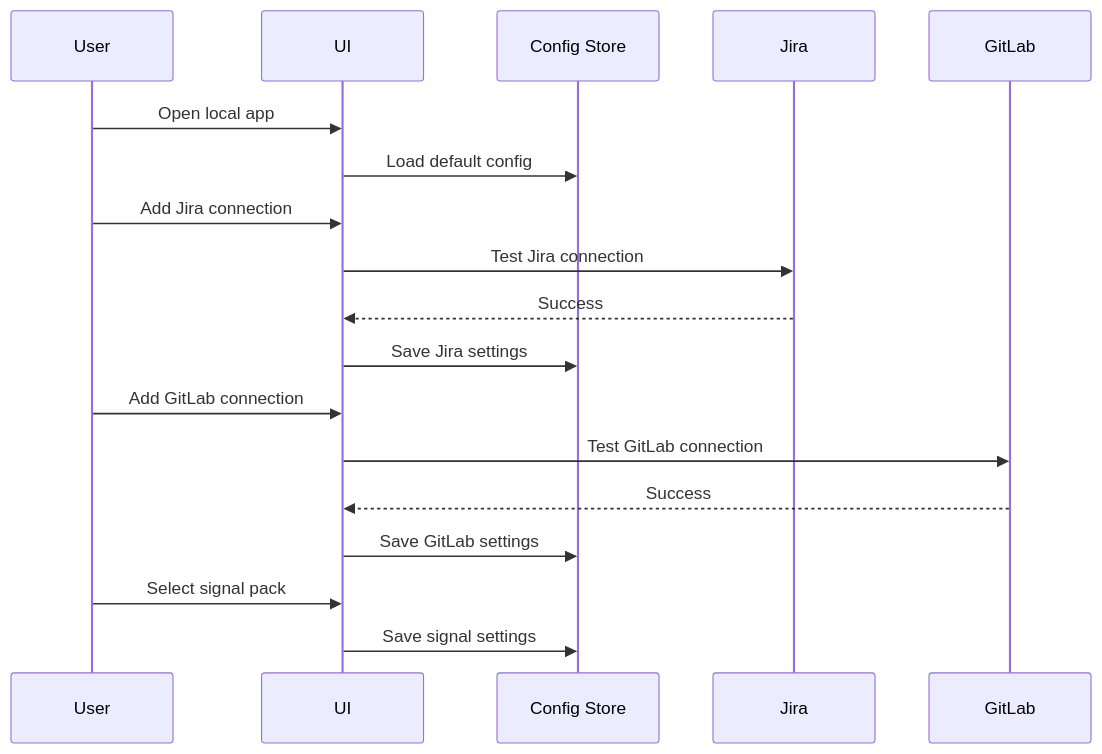
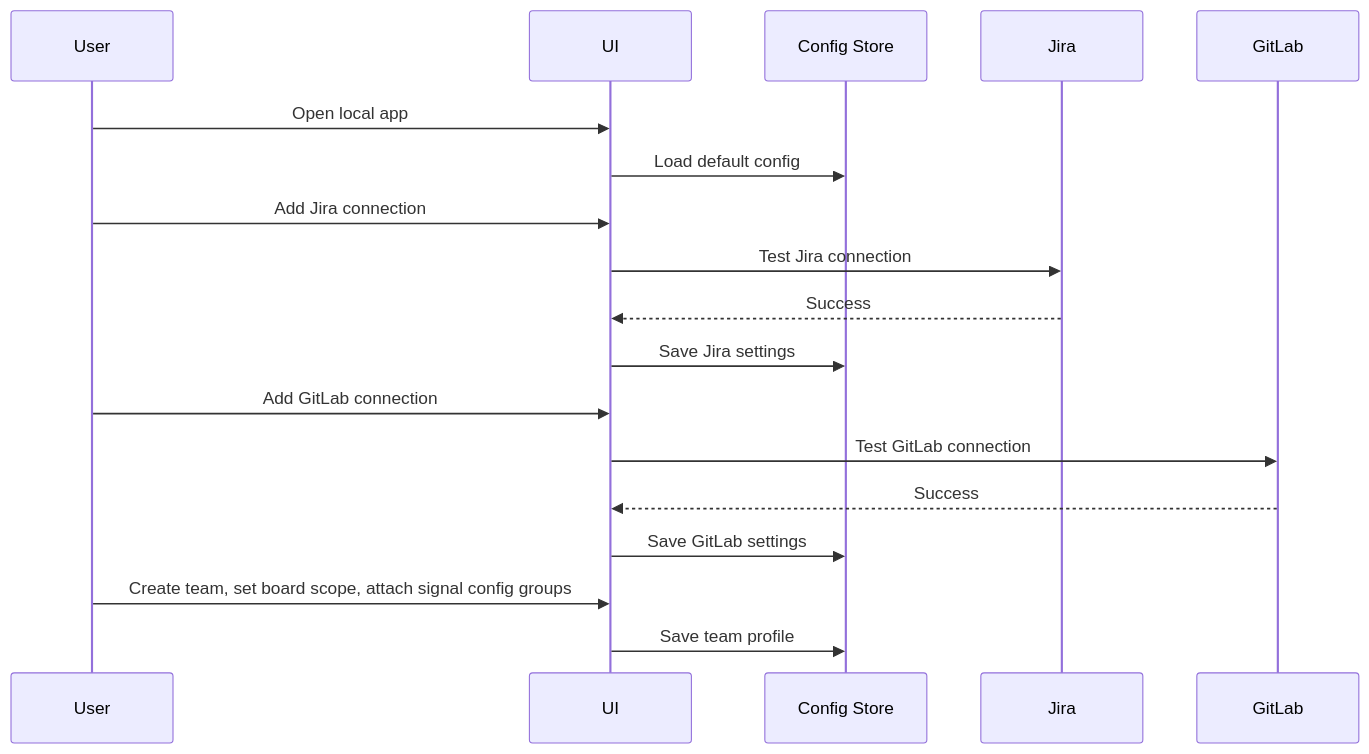
The sixth of 7 diagrams in docs/03-architecture-overview.md (serdartas/em-radar), drawn with Mermaid before and after one commit. The commit also changed other lines of this file and 15 other files, not shown here.

````diff
--- a/docs/03-architecture-overview.md
+++ b/docs/03-architecture-overview.md
@@ -975,21 +980,21 @@
 ```mermaid
 sequenceDiagram
     participant User
     participant UI
     participant Config as Config Store
     participant Jira
     participant GitLab
 
     User->>UI: Open local app
     UI->>Config: Load default config
     User->>UI: Add Jira connection
     UI->>Jira: Test Jira connection
     Jira-->>UI: Success
     UI->>Config: Save Jira settings
     User->>UI: Add GitLab connection
     UI->>GitLab: Test GitLab connection
     GitLab-->>UI: Success
     UI->>Config: Save GitLab settings
-    User->>UI: Select signal pack
-    UI->>Config: Save signal settings
+    User->>UI: Create team, set board scope, attach signal config groups
+    UI->>Config: Save team profile
 ```
````
